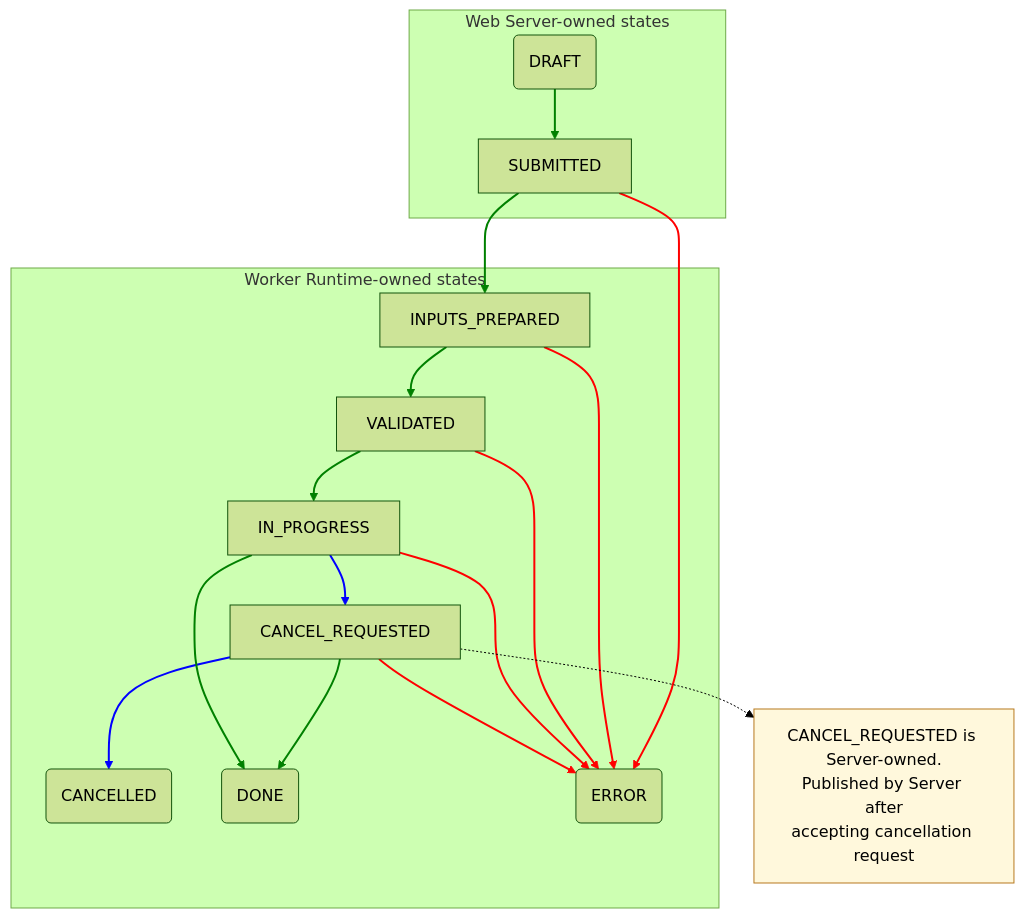
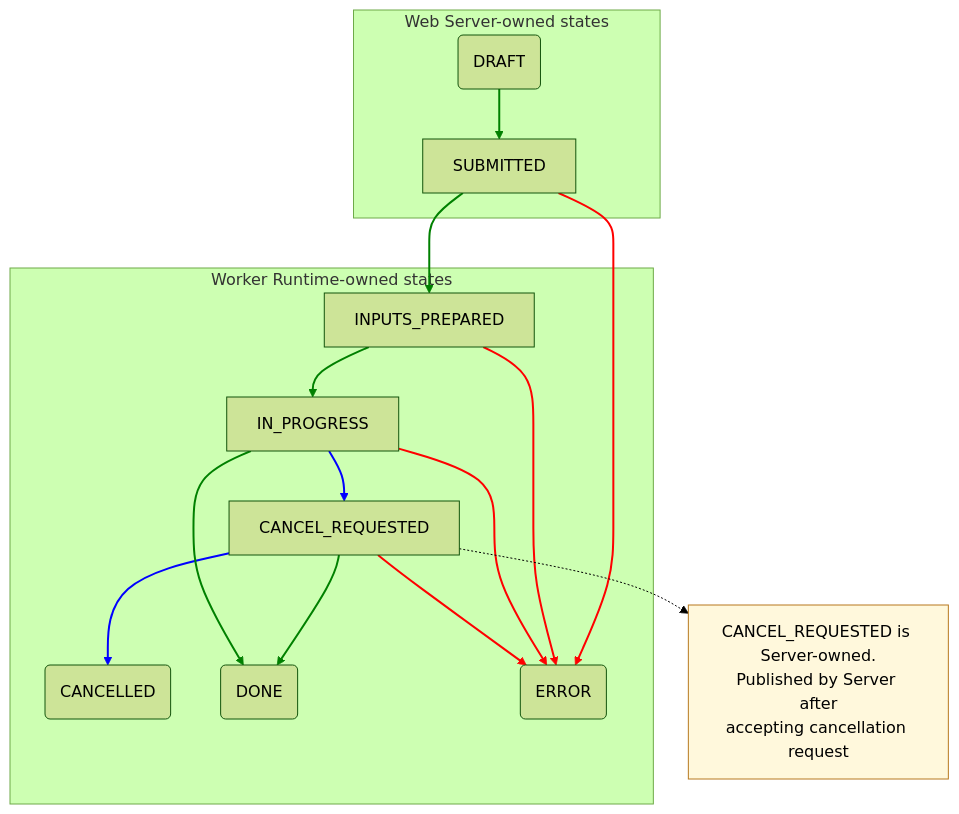
One commit to oleksiy-sayankin/mdds changed the first of 9 diagrams in ARCHITECTURE.md. Above: the diagram before and after it, drawn with Mermaid (forest theme). The commit also changed other lines of this file, not shown here.

````diff
--- a/ARCHITECTURE.md
+++ b/ARCHITECTURE.md
@@ -169,42 +164,39 @@
 ```mermaid
 graph TD
   subgraph SERVER["Web Server-owned states"]
     DRAFT(DRAFT)
     SUBMITTED
   end
 
   subgraph WORKER["Worker Runtime-owned states"]
     INPUTS_PREPARED
-    VALIDATED
     IN_PROGRESS
     CANCEL_REQUESTED
     CANCELLED(CANCELLED)
     DONE(DONE)
     ERROR(ERROR)
   end    
     
     
   DRAFT(DRAFT)-->SUBMITTED;
   SUBMITTED-->INPUTS_PREPARED;
   SUBMITTED-->ERROR(ERROR);
-  INPUTS_PREPARED-->VALIDATED;
+  INPUTS_PREPARED-->IN_PROGRESS;
   INPUTS_PREPARED-->ERROR(ERROR);
-  VALIDATED-->IN_PROGRESS;
-  VALIDATED-->ERROR(ERROR);
   IN_PROGRESS-->ERROR(ERROR);
   IN_PROGRESS-->CANCEL_REQUESTED;
   CANCEL_REQUESTED-->CANCELLED(CANCELLED);
   CANCEL_REQUESTED-->DONE(DONE);
   IN_PROGRESS-->DONE(DONE);
   CANCEL_REQUESTED-->ERROR(ERROR);
 
   CANCEL_NOTE["CANCEL_REQUESTED is Server-owned.<br/>Published by Server after<br/>accepting cancellation request"]
 
   CANCEL_REQUESTED -.-> CANCEL_NOTE
 
   style CANCEL_NOTE fill:#fff8dc,stroke:#b7791f,stroke-width:1px,color:#000;
 
-  linkStyle 0,1,3,5,10,11 stroke-width:2px,fill:none,stroke:green;
-  linkStyle 2,4,6,7,12 stroke-width:2px,fill:none,stroke:red;
-  linkStyle 8,9 stroke-width:2px,fill:none,stroke:blue;
+  linkStyle 0,1,3,8,9 stroke-width:2px,fill:none,stroke:green;
+  linkStyle 2,4,5,10 stroke-width:2px,fill:none,stroke:red;
+  linkStyle 6,7 stroke-width:2px,fill:none,stroke:blue;
 ```
````
